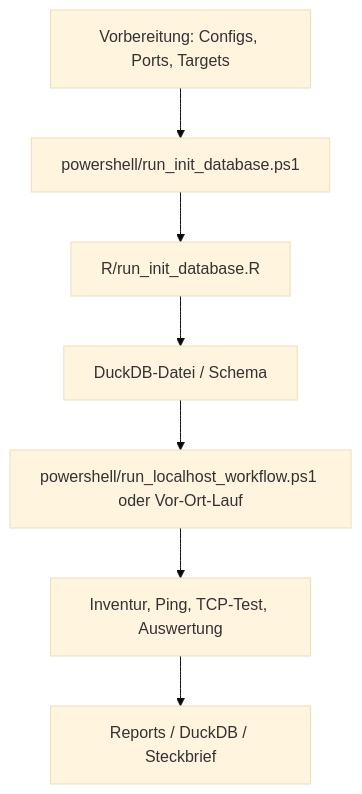
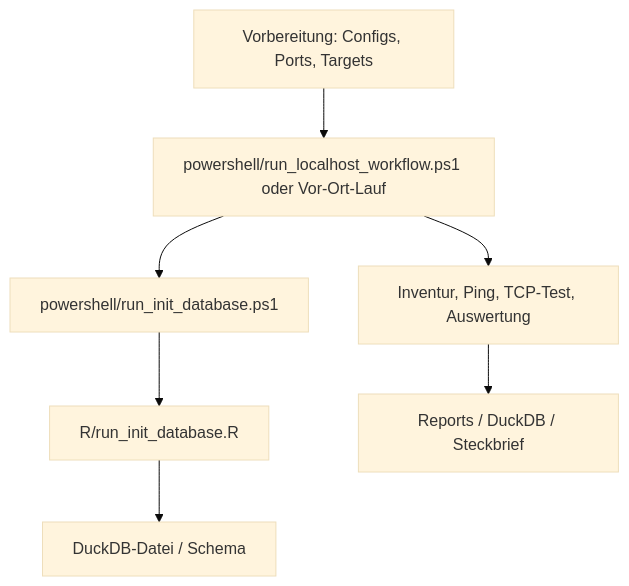
The diagram in README.md (kubischraumzentriert/ot-netzwerk-monitoring), drawn with Mermaid (base theme) before and after one commit. The commit also changed other lines of this file and 2 other files, not shown here.

````diff
--- a/README.md
+++ b/README.md
@@ -81,9 +81,9 @@
 ```mermaid
 flowchart TD
-  A["Vorbereitung: Configs, Ports, Targets"] --> B["powershell/run_init_database.ps1"]
-  B --> C["R/run_init_database.R"]
-  C --> D["DuckDB-Datei / Schema"]
-  D --> E["powershell/run_localhost_workflow.ps1 oder Vor-Ort-Lauf"]
-  E --> F["Inventur, Ping, TCP-Test, Auswertung"]
+  A["Vorbereitung: Configs, Ports, Targets"] --> B["powershell/run_localhost_workflow.ps1 oder Vor-Ort-Lauf"]
+  B --> C["powershell/run_init_database.ps1"]
+  C --> D["R/run_init_database.R"]
+  D --> E["DuckDB-Datei / Schema"]
+  B --> F["Inventur, Ping, TCP-Test, Auswertung"]
   F --> G["Reports / DuckDB / Steckbrief"]
 ```
````
